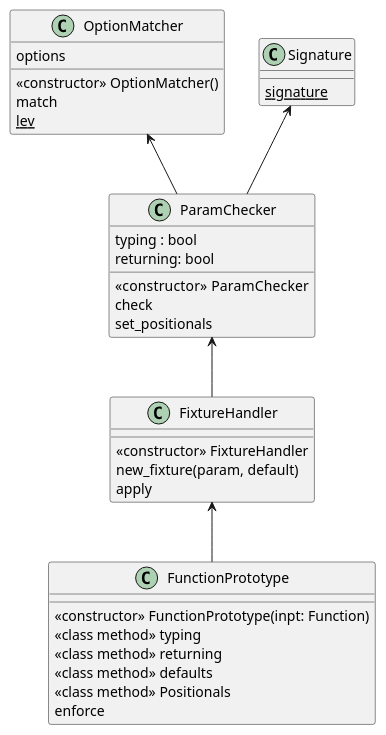
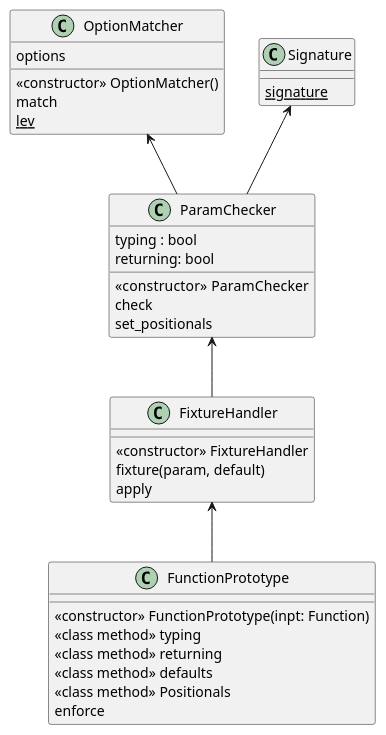
Before and after one commit to daplhall/PyFuncPrototypes: the diagram in docs/diagrams/src/classes.puml, drawn with PlantUML.

Commit message:
updated the class diagram

```diff
--- a/docs/diagrams/src/classes.puml
+++ b/docs/diagrams/src/classes.puml
@@ -1,39 +1,39 @@
 @startuml FunctionPrototype
 class OptionMatcher{
 	options
 	<<constructor>> OptionMatcher()
 	{method} match
 	{static}{method} lev
 }
 class Signature {
 	{static}{method} signature
 }
 
 class ParamChecker {
 	typing : bool
 	returning: bool
 	{method} <<constructor>>  ParamChecker
 	{method} check
 	{method} set_positionals
 }
 
 class FixtureHandler{
 	{method} <<constructor>> FixtureHandler
-	{method} new_fixture(param, default)
+	{method} fixture(param, default)
 	{method} apply
 }
 
 class FunctionPrototype {
 	<<constructor>> FunctionPrototype(inpt: Function)
 	{method} <<class method>> typing
 	{method} <<class method>> returning
 	{method} <<class method>> defaults
 	{method} <<class method>> Positionals
 	{method} enforce
 }
 
 Signature <-- ParamChecker
 OptionMatcher <-- ParamChecker
 ParamChecker <-- FixtureHandler
 FixtureHandler<-- FunctionPrototype
 @enduml
```
